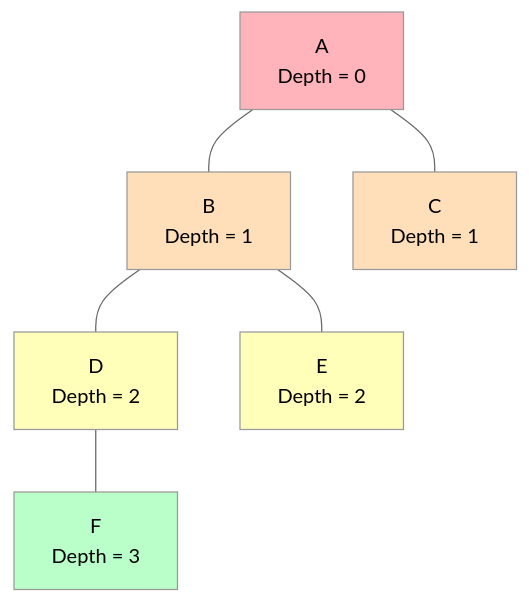
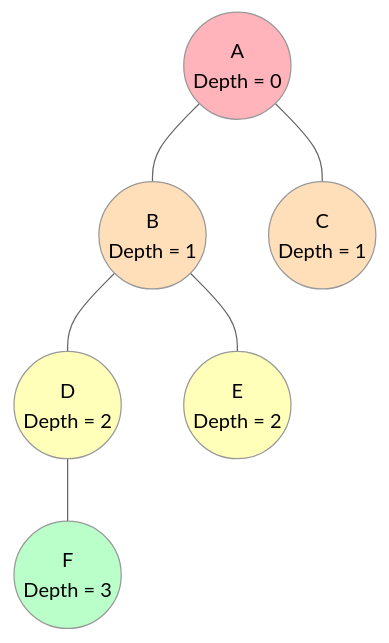
Diagram 16 of 23 in tree/01_tree_terminology.md (ARYAN-KUMAR-22/dsa), drawn with Mermaid (neutral theme) before and after one commit. The commit also changed other lines of this file, not shown here.

Commit message:
Convert all node representations to circles in tree diagrams for consistent visualization

````diff
--- a/tree/01_tree_terminology.md
+++ b/tree/01_tree_terminology.md
@@ -533,22 +533,22 @@
 ```mermaid
 graph TD
-    A["A<br/>Depth = 0"]
-    B["B<br/>Depth = 1"]
-    C["C<br/>Depth = 1"]
-    D["D<br/>Depth = 2"]
-    E["E<br/>Depth = 2"]
-    F["F<br/>Depth = 3"]
+    A((A<br/>Depth = 0))
+    B((B<br/>Depth = 1))
+    C((C<br/>Depth = 1))
+    D((D<br/>Depth = 2))
+    E((E<br/>Depth = 2))
+    F((F<br/>Depth = 3))
     
     A --- B
     A --- C
     B --- D
     B --- E
     D --- F
     
     style A fill:#ffb3ba
     style B fill:#ffdfba
     style C fill:#ffdfba
     style D fill:#ffffba
     style E fill:#ffffba
     style F fill:#baffc9
 ```
````
